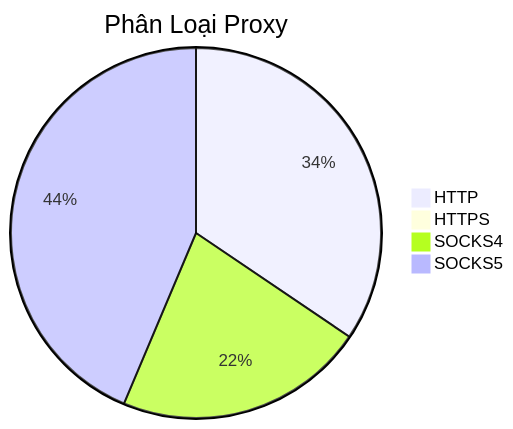
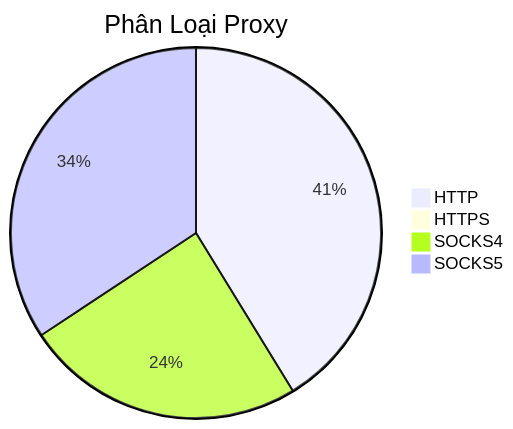
Before and after one commit to Ciara-12/PROXY-free: the diagram in README.md, drawn with Mermaid. The commit also changed other lines of this file and 4 other files, not shown here.

````diff
--- a/README.md
+++ b/README.md
@@ -26,7 +26,7 @@
 ```mermaid
 pie title Phân Loại Proxy
-    "HTTP" : 729
-    "HTTPS" : 1
-    "SOCKS4" : 463
-    "SOCKS5" : 923
+    "HTTP" : 718
+    "HTTPS" : 0
+    "SOCKS4" : 426
+    "SOCKS5" : 597
 ```
````
